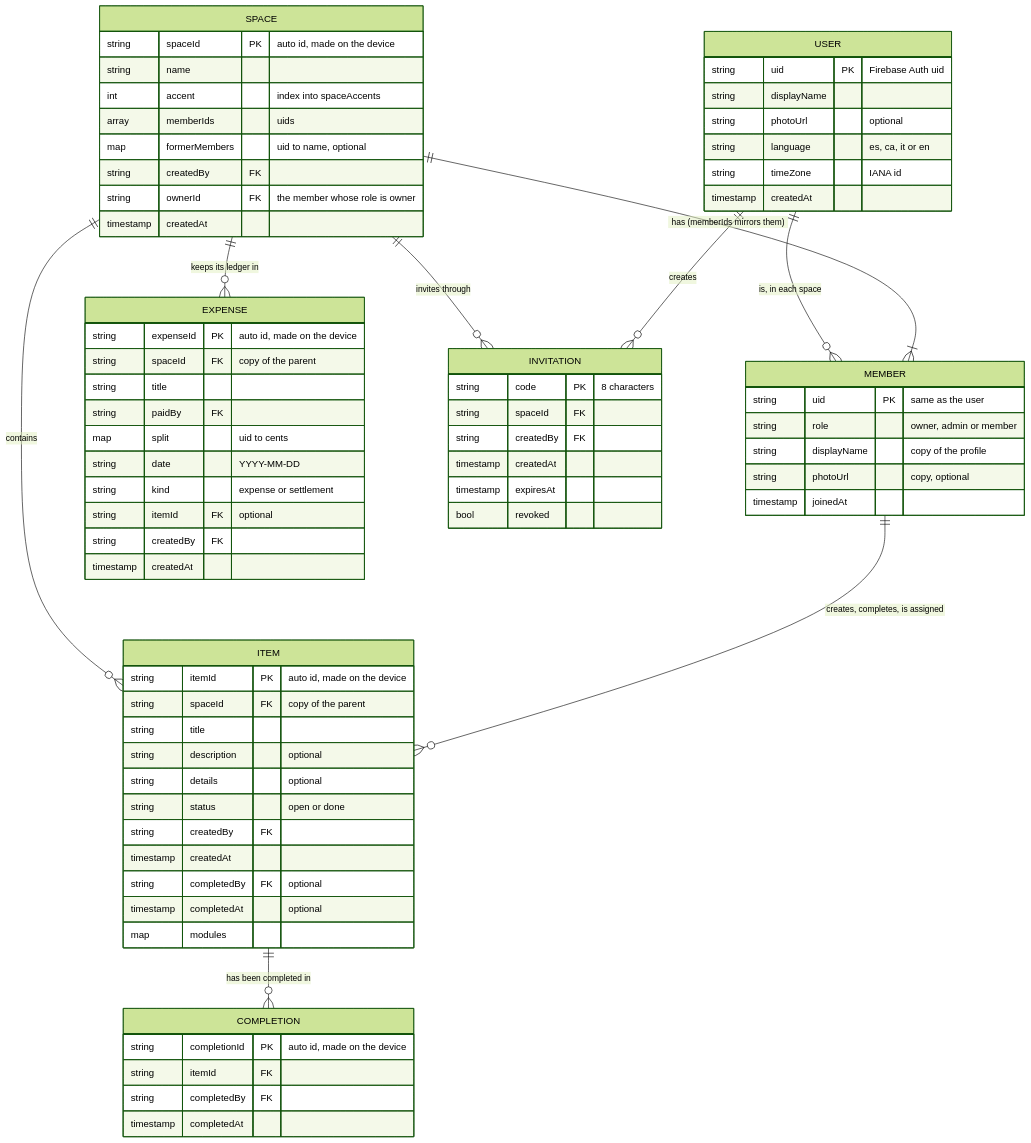
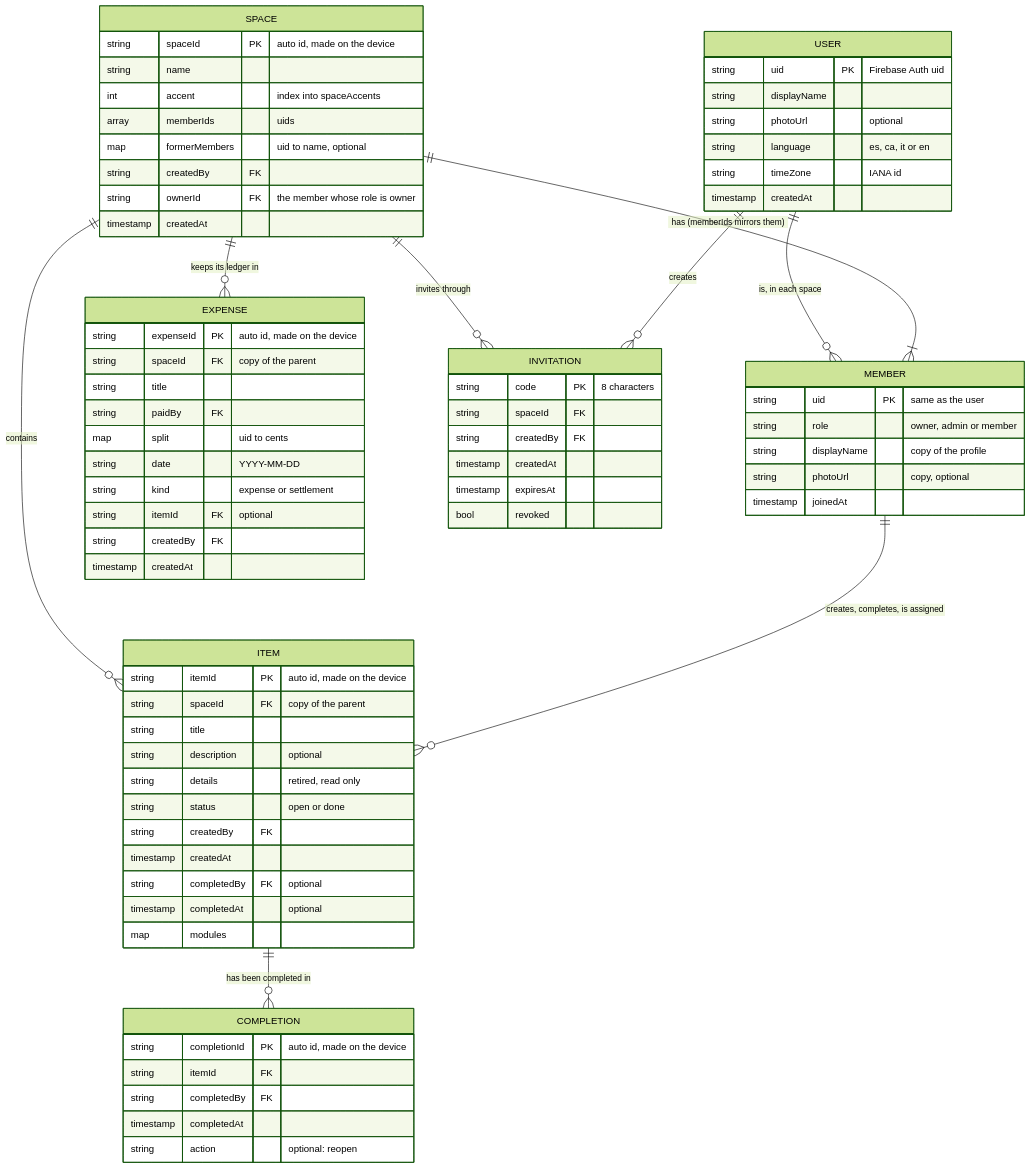
One commit to Erkko68/orbit changed the diagram in docs/data/firestore-schema.md. Above: the diagram before and after it, drawn with Mermaid (forest theme). The commit also changed other lines of this file and 124 other files, not shown here.

````diff
--- a/docs/data/firestore-schema.md
+++ b/docs/data/firestore-schema.md
@@ -7,76 +7,77 @@
 ```mermaid
 erDiagram
     USER ||--o{ MEMBER : "is, in each space"
     SPACE ||--|{ MEMBER : "has (memberIds mirrors them)"
     SPACE ||--o{ ITEM : contains
     SPACE ||--o{ EXPENSE : "keeps its ledger in"
     ITEM ||--o{ COMPLETION : "has been completed in"
     SPACE ||--o{ INVITATION : "invites through"
     USER ||--o{ INVITATION : creates
     MEMBER ||--o{ ITEM : "creates, completes, is assigned"
 
     USER {
         string uid PK "Firebase Auth uid"
         string displayName
         string photoUrl "optional"
         string language "es, ca, it or en"
         string timeZone "IANA id"
         timestamp createdAt
     }
     SPACE {
         string spaceId PK "auto id, made on the device"
         string name
         int accent "index into spaceAccents"
         array memberIds "uids"
         map formerMembers "uid to name, optional"
         string createdBy FK
         string ownerId FK "the member whose role is owner"
         timestamp createdAt
     }
     MEMBER {
         string uid PK "same as the user"
         string role "owner, admin or member"
         string displayName "copy of the profile"
         string photoUrl "copy, optional"
         timestamp joinedAt
     }
     ITEM {
         string itemId PK "auto id, made on the device"
         string spaceId FK "copy of the parent"
         string title
         string description "optional"
-        string details "optional"
+        string details "retired, read only"
         string status "open or done"
         string createdBy FK
         timestamp createdAt
         string completedBy FK "optional"
         timestamp completedAt "optional"
         map modules
     }
     COMPLETION {
         string completionId PK "auto id, made on the device"
         string itemId FK
         string completedBy FK
         timestamp completedAt
+        string action "optional: reopen"
     }
     EXPENSE {
         string expenseId PK "auto id, made on the device"
         string spaceId FK "copy of the parent"
         string title
         string paidBy FK
         map split "uid to cents"
         string date "YYYY-MM-DD"
         string kind "expense or settlement"
         string itemId FK "optional"
         string createdBy FK
         timestamp createdAt
     }
     INVITATION {
         string code PK "8 characters"
         string spaceId FK
         string createdBy FK
         timestamp createdAt
         timestamp expiresAt
         bool revoked
     }
 ```
````
